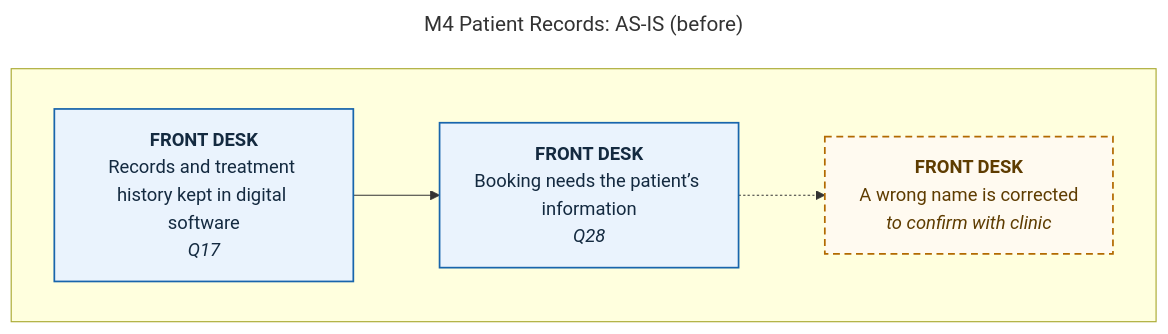
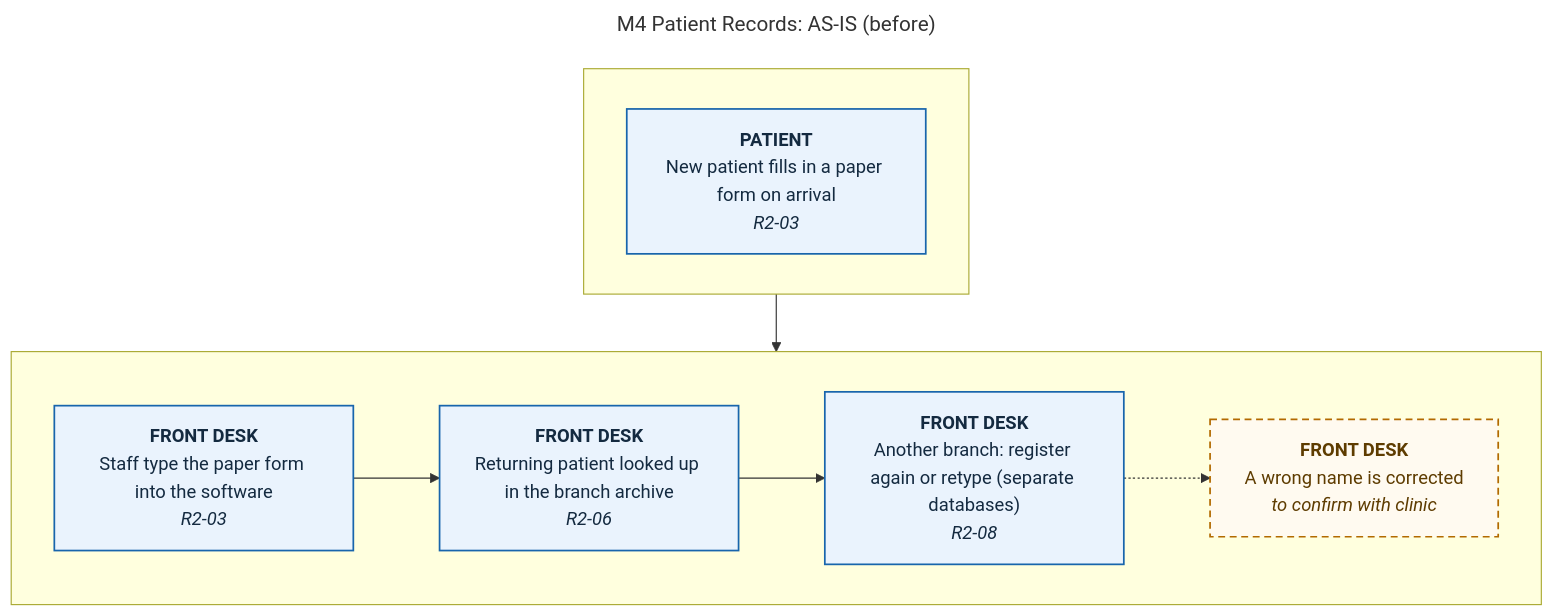
The diagram in docs/defense/diagrams/M4-patient-records-as-is.mmd (0phem/multibranch-dental-clinic), drawn with Mermaid before and after one commit. The commit also changed 111 other files, not shown here.

```diff
--- a/docs/defense/diagrams/M4-patient-records-as-is.mmd
+++ b/docs/defense/diagrams/M4-patient-records-as-is.mmd
@@ -1,18 +1,25 @@
 ---
 title: "M4 Patient Records: AS-IS (before)"
 ---
 flowchart TB
+    subgraph L0[" "]
+    direction LR
+      S0["<b>PATIENT</b><br/>New patient fills in a paper form on arrival<br/><i>R2-03</i>"]:::cited
+    end
     subgraph L1[" "]
     direction LR
-      S0["<b>FRONT DESK</b><br/>Records and treatment history kept in digital software<br/><i>Q17</i>"]:::cited
-      S1["<b>FRONT DESK</b><br/>Booking needs the patient’s information<br/><i>Q28</i>"]:::cited
-      S2["<b>FRONT DESK</b><br/>A wrong name is corrected<br/><i>to confirm with clinic</i>"]:::confirm
+      S1["<b>FRONT DESK</b><br/>Staff type the paper form into the software<br/><i>R2-03</i>"]:::cited
+      S2["<b>FRONT DESK</b><br/>Returning patient looked up in the branch archive<br/><i>R2-06</i>"]:::cited
+      S3["<b>FRONT DESK</b><br/>Another branch: register again or retype (separate databases)<br/><i>R2-08</i>"]:::cited
+      S4["<b>FRONT DESK</b><br/>A wrong name is corrected<br/><i>to confirm with clinic</i>"]:::confirm
     end
     S0 --> S1
-    S1 -.-> S2
+    S1 --> S2
+    S2 --> S3
+    S3 -.-> S4
     classDef cited fill:#eaf3fd,stroke:#1865ac,color:#142a40,stroke-width:1.5px
     classDef confirm fill:#fffaf0,stroke:#b26a00,color:#5e3c00,stroke-width:1.5px,stroke-dasharray:6 4
     classDef auto fill:#e6f5ee,stroke:#0c7f75,color:#0f3d33,stroke-width:1.5px
     classDef manual fill:#eaf3fd,stroke:#1865ac,color:#142a40,stroke-width:1.5px
     classDef mock fill:#f3f5f7,stroke:#5a6b7d,color:#3a4e63,stroke-width:1.5px,stroke-dasharray:3 3
     classDef planned fill:#ffffff,stroke:#5a6b7d,color:#3a4e63,stroke-width:1.5px,stroke-dasharray:6 4
```
